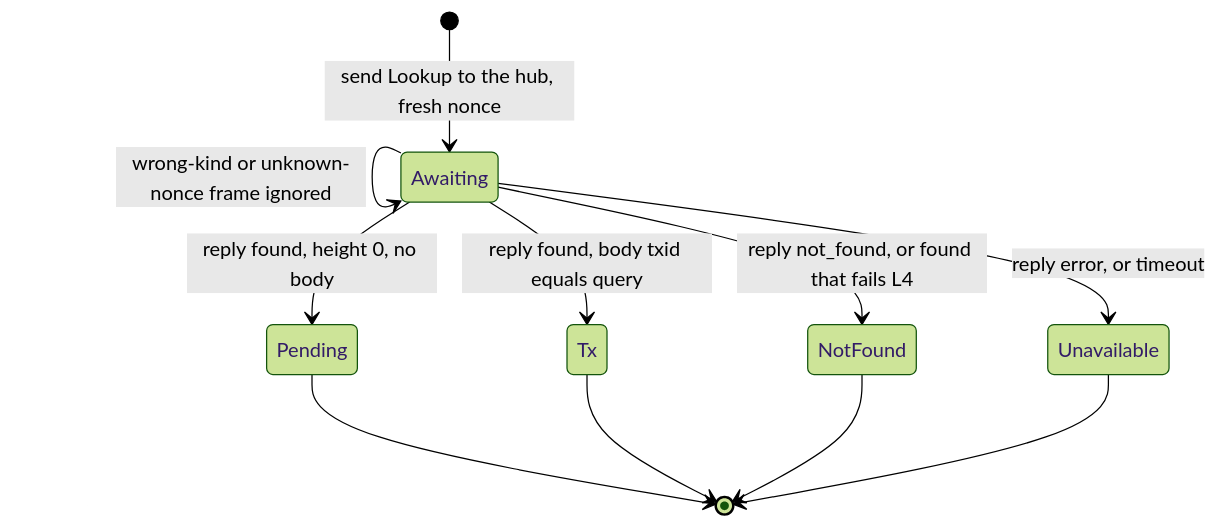
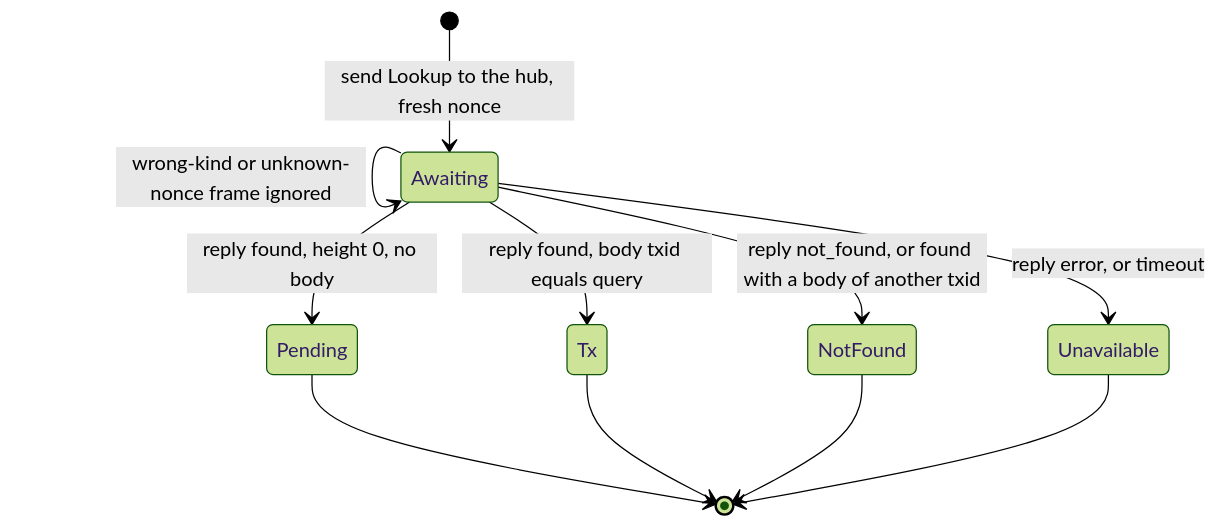
One commit to ShieldedLabs/zero changed the second of 5 diagrams in zeronym/spec/quint/README.md. Above: the diagram before and after it, drawn with Mermaid (forest theme). The commit also changed other lines of this file, not shown here.

````diff
--- a/zeronym/spec/quint/README.md
+++ b/zeronym/spec/quint/README.md
@@ -59,13 +59,13 @@
 ```mermaid
 stateDiagram-v2
     [*] --> Awaiting: send Lookup to the hub, fresh nonce
     Awaiting --> Awaiting: wrong-kind or unknown-nonce frame ignored
     Awaiting --> Pending: reply found, height 0, no body
     Awaiting --> Tx: reply found, body txid equals query
-    Awaiting --> NotFound: reply not_found, or found that fails L4
+    Awaiting --> NotFound: reply not_found, or found with a body of another txid
     Awaiting --> Unavailable: reply error, or timeout
     Pending --> [*]
     Tx --> [*]
     NotFound --> [*]
     Unavailable --> [*]
 ```
````
